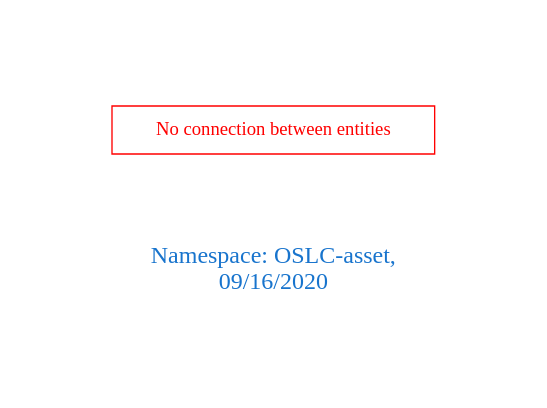
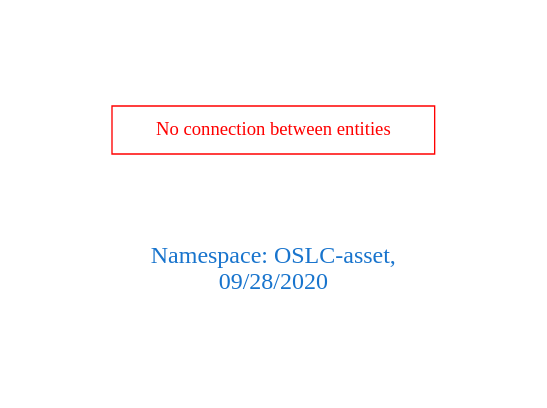
The diagram in downloads/OSLC-asset.dot (arago/OGIT), drawn with Graphviz before and after one commit. The commit also changed 1836 other files, not shown here.

```diff
--- a/downloads/OSLC-asset.dot
+++ b/downloads/OSLC-asset.dot
@@ -1,9 +1,9 @@
 digraph OGIT_ontology {
  graph [ rankdir= LR,pad=1 
 fontsize = 18,
-fontcolor= dodgerblue3,label = "\n\n\nNamespace: OSLC-asset, \n 09/16/2020"];
+fontcolor= dodgerblue3,label = "\n\n\nNamespace: OSLC-asset, \n 09/28/2020"];
 node[shape=polygon];
 edge [  color="gray81"];
 
 "No connection between entities" [fontcolor = "red",color="red", shape="polygon"]
 }
```
